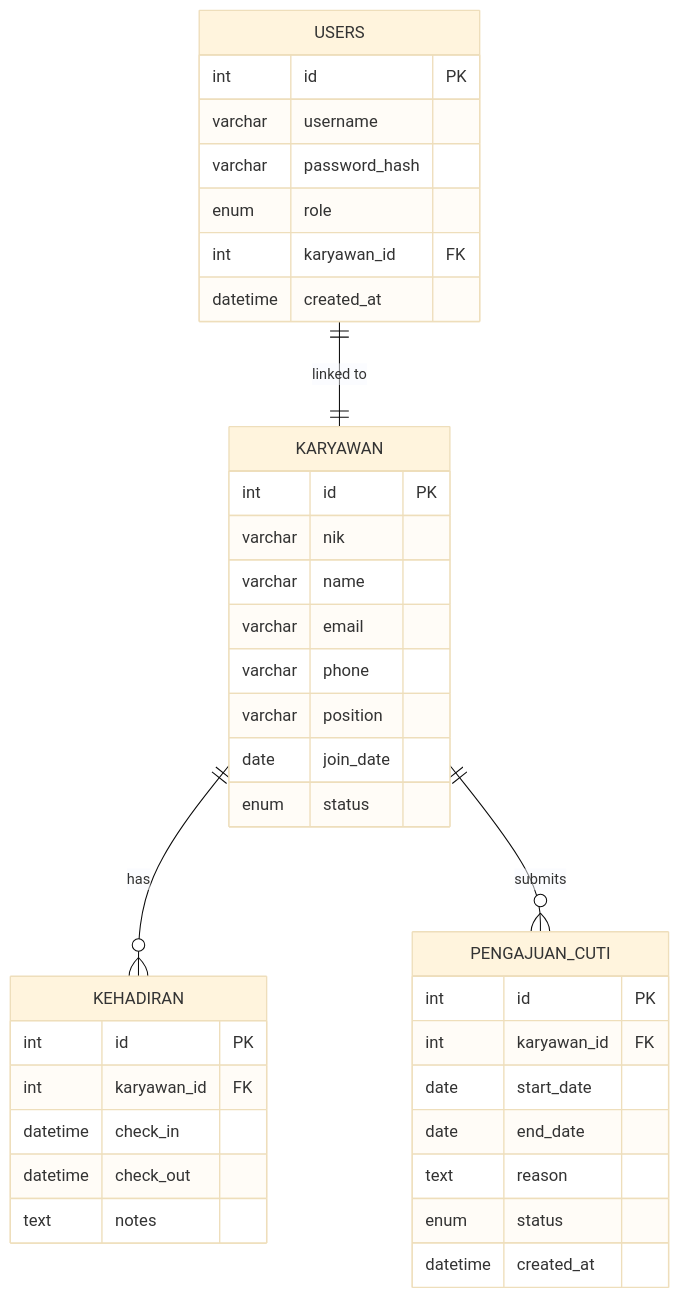
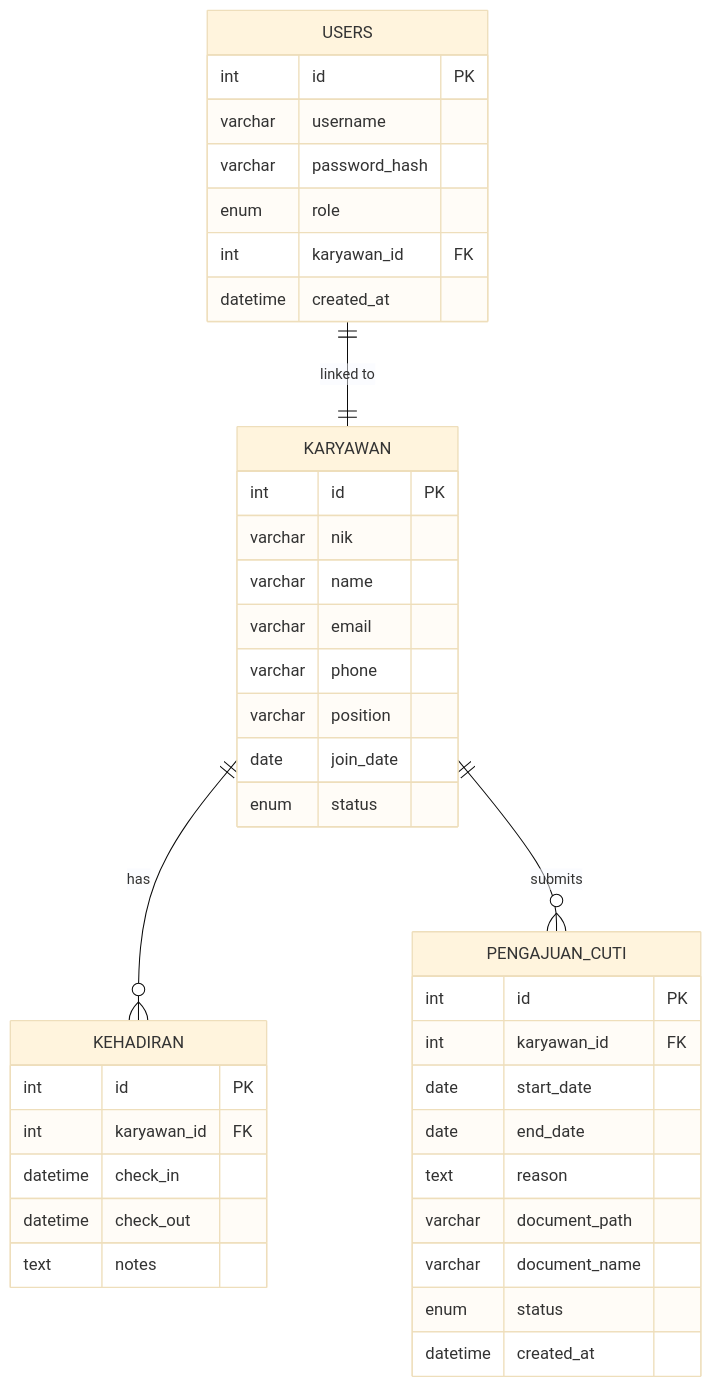
Before and after one commit to IbnuSabilGitHub/Project-UAS: the second of 7 diagrams in ARCHITECTURE.md, drawn with Mermaid (base theme). The commit also changed other lines of this file, not shown here.

Commit message:
modified: architecture

````diff
--- a/ARCHITECTURE.md
+++ b/ARCHITECTURE.md
@@ -137,46 +148,48 @@
 ```mermaid
 erDiagram
 
     USERS {
         int id PK
         varchar username
         varchar password_hash
         enum role
         int karyawan_id FK
         datetime created_at
     }
 
     KARYAWAN {
         int id PK
         varchar nik
         varchar name
         varchar email
         varchar phone
         varchar position
         date join_date
         enum status
     }
 
     KEHADIRAN {
         int id PK
         int karyawan_id FK
         datetime check_in
         datetime check_out
         text notes
     }
 
     PENGAJUAN_CUTI {
         int id PK
         int karyawan_id FK
         date start_date
         date end_date
         text reason
+        varchar document_path
+        varchar document_name
         enum status
         datetime created_at
     }
 
     USERS ||--|| KARYAWAN : "linked to"
     KARYAWAN ||--o{ KEHADIRAN : "has"
     KARYAWAN ||--o{ PENGAJUAN_CUTI : "submits"
 
 ```
````
